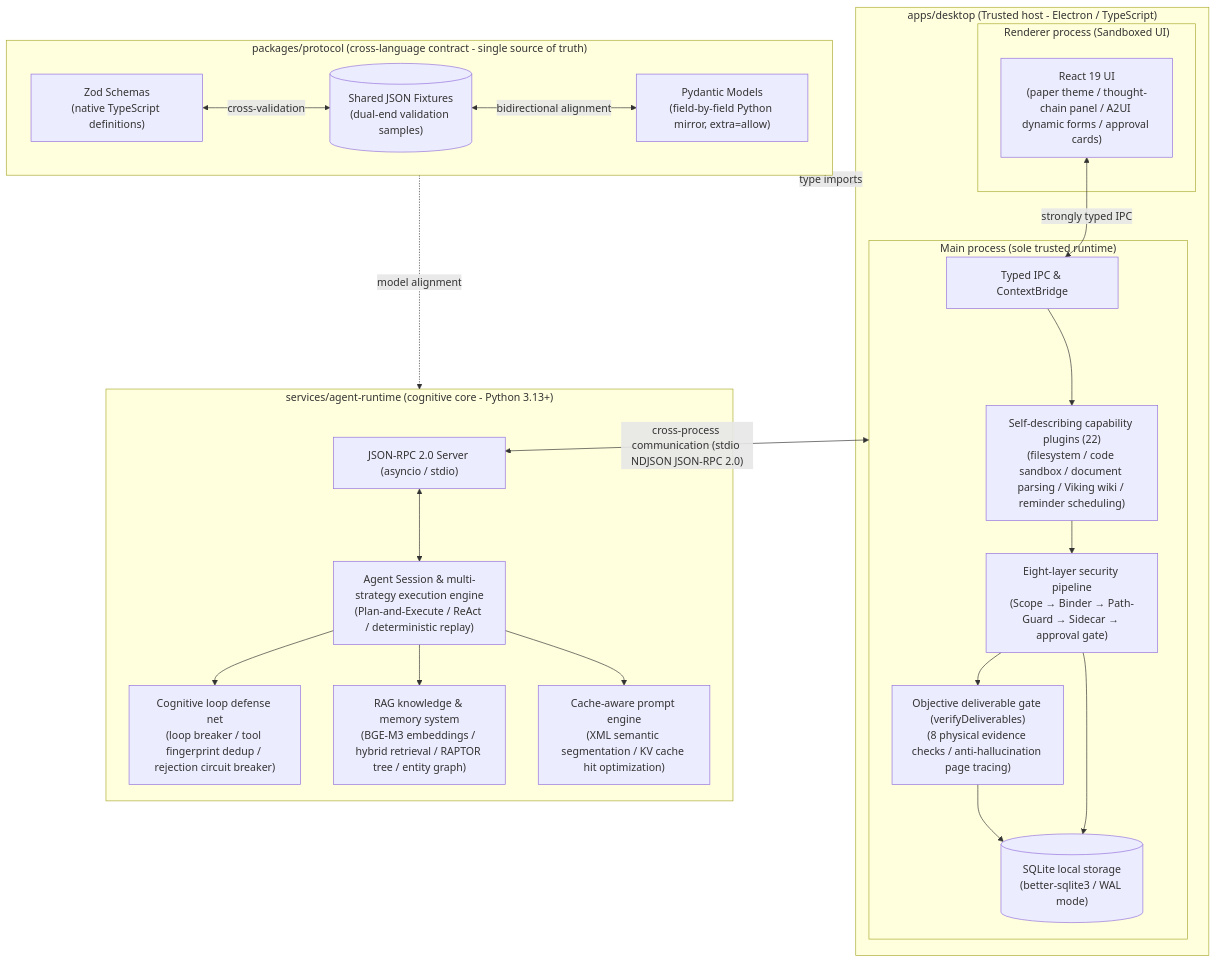
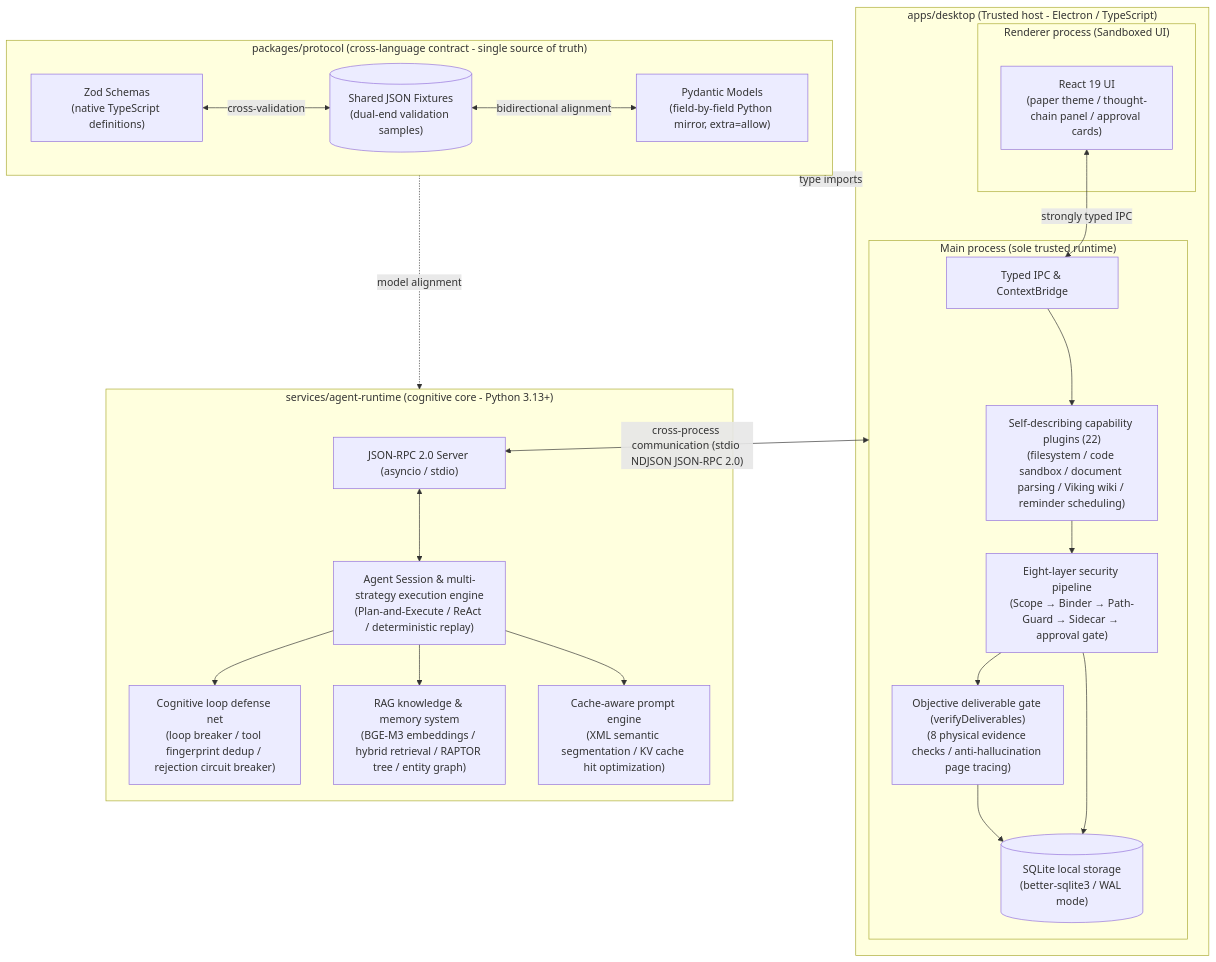
Before and after one commit to Azusa010/personal-agent: the first of 2 diagrams in README.md, drawn with Mermaid. The commit also changed other lines of this file and 49 other files, not shown here.

````diff
--- a/README.md
+++ b/README.md
@@ -152,50 +151,50 @@
 ```mermaid
 flowchart TB
     subgraph Desktop ["apps/desktop (Trusted host - Electron / TypeScript)"]
         subgraph Renderer ["Renderer process (Sandboxed UI)"]
-            UI["React 19 UI\n(paper theme / thought-chain panel / A2UI dynamic forms / approval cards)"]
+            UI["React 19 UI\n(paper theme / thought-chain panel / approval cards)"]
         end
 
         subgraph Main ["Main process (sole trusted runtime)"]
             IPC["Typed IPC & ContextBridge"]
             Plugins["Self-describing capability plugins (22)\n(filesystem / code sandbox / document parsing / Viking wiki / reminder scheduling)"]
             Security["Eight-layer security pipeline\n(Scope → Binder → Path-Guard → Sidecar → approval gate)"]
             Gate["Objective deliverable gate (verifyDeliverables)\n(8 physical evidence checks / anti-hallucination page tracing)"]
             DB[("SQLite local storage\n(better-sqlite3 / WAL mode)")]
         end
 
         UI <-->|"strongly typed IPC"| IPC
         IPC --> Plugins
         Plugins --> Security
         Security --> Gate
         Security --> DB
         Gate --> DB
     end
 
     subgraph Runtime ["services/agent-runtime (cognitive core - Python 3.13+)"]
         Server["JSON-RPC 2.0 Server (asyncio / stdio)"]
         Engine["Agent Session & multi-strategy execution engine\n(Plan-and-Execute / ReAct / deterministic replay)"]
         Defense["Cognitive loop defense net\n(loop breaker / tool fingerprint dedup / rejection circuit breaker)"]
         Knowledge["RAG knowledge & memory system\n(BGE-M3 embeddings / hybrid retrieval / RAPTOR tree / entity graph)"]
         PromptEngine["Cache-aware prompt engine\n(XML semantic segmentation / KV cache hit optimization)"]
 
         Server <--> Engine
         Engine --> Defense
         Engine --> Knowledge
         Engine --> PromptEngine
     end
 
     subgraph Protocol ["packages/protocol (cross-language contract - single source of truth)"]
         direction LR
         Zod["Zod Schemas\n(native TypeScript definitions)"]
         Fixtures[("Shared JSON Fixtures\n(dual-end validation samples)")]
         Pydantic["Pydantic Models\n(field-by-field Python mirror, extra=allow)"]
 
         Zod <-->|"cross-validation"| Fixtures
         Fixtures <-->|"bidirectional alignment"| Pydantic
     end
 
     Main <-->|"cross-process communication (stdio NDJSON JSON-RPC 2.0)"| Server
     Zod -.->|"type imports"| Desktop
     Pydantic -.->|"model alignment"| Runtime
 ```
````
